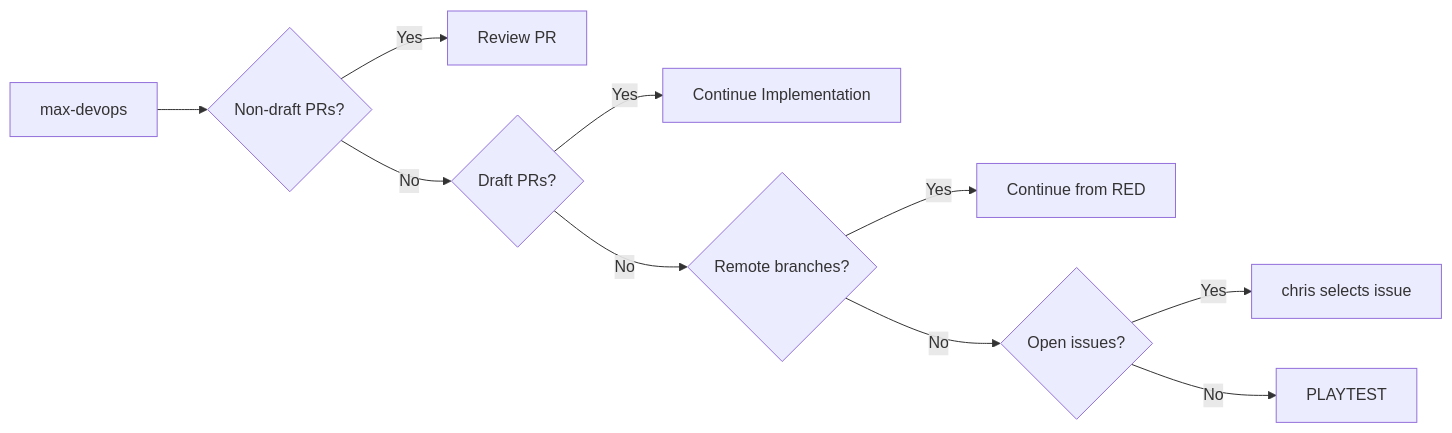
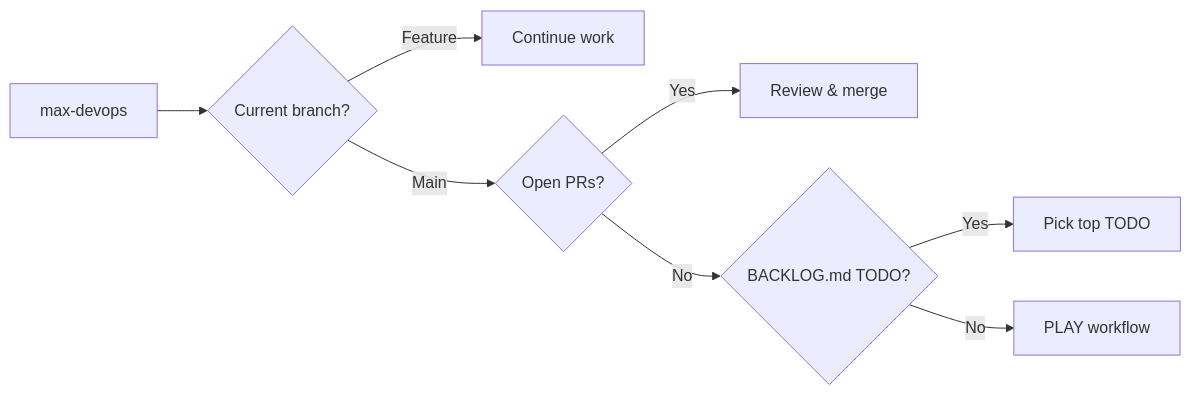
One commit to krystophny/prompts changed the second of 2 diagrams in README.md. Above: the diagram before and after it, drawn with Mermaid. The commit also changed other lines of this file, not shown here.

Commit message:
docs: revise README.md for QADS v3.0 with BACKLOG.md system

````diff
--- a/README.md
+++ b/README.md
@@ -60,12 +109,10 @@
 ```mermaid
 graph LR
-    START[max-devops] --> A{Non-draft PRs?}
-    A -->|Yes| REV[Review PR]
-    A -->|No| B{Draft PRs?}
-    B -->|Yes| IMPL[Continue Implementation]
-    B -->|No| C{Remote branches?}
-    C -->|Yes| RED[Continue from RED]
-    C -->|No| D{Open issues?}
-    D -->|Yes| SEL[chris selects issue]
-    D -->|No| PLAY[PLAYTEST]
+    START[max-devops] --> BR{Current branch?}
+    BR -->|Feature| CONT[Continue work]
+    BR -->|Main| PR{Open PRs?}
+    PR -->|Yes| REV[Review & merge]
+    PR -->|No| BL{BACKLOG.md TODO?}
+    BL -->|Yes| WORK[Pick top TODO]
+    BL -->|No| PLAY[PLAY workflow]
 ```
````
